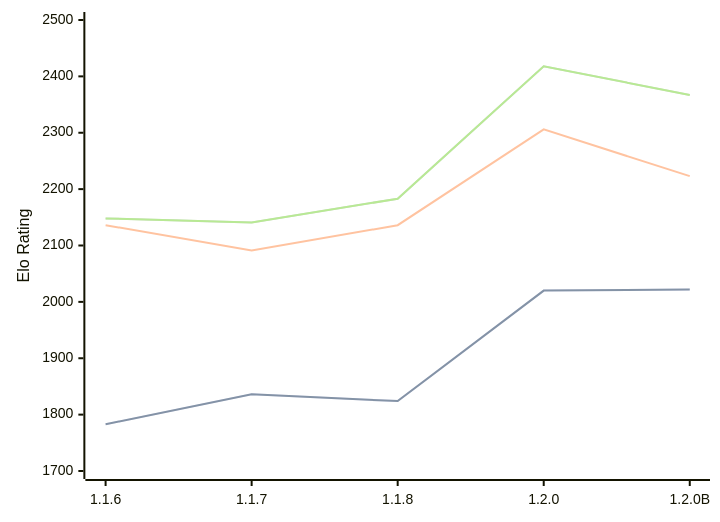
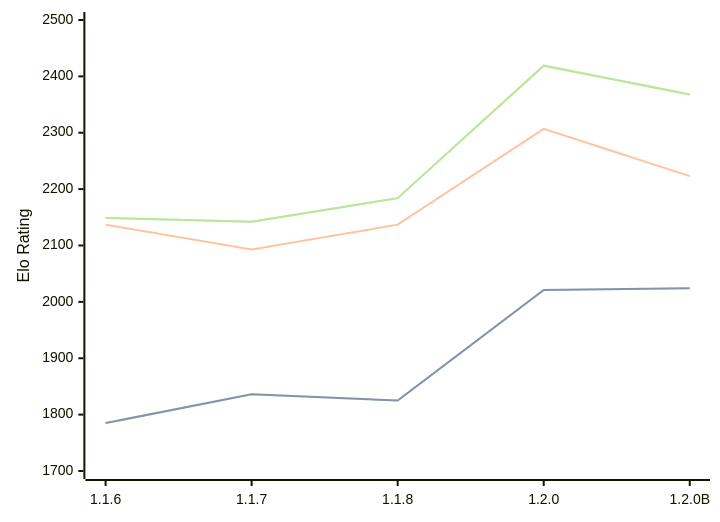
Before and after one commit to computer-chess-index/cci: the diagram in engines/Soomi.md, drawn with Mermaid. The commit also changed other lines of this file, not shown here.

Commit message:
Update CCI Ratings (ELO VLTC) - 2026-08-09

````diff
--- a/engines/Soomi.md
+++ b/engines/Soomi.md
@@ -35,11 +35,11 @@
 ```mermaid
 %%{init: {"theme":"base","themeVariables":{"seriesColors:['#a3a3a3','#222221','#faa371']}}}%%
 xychart-beta
   x-axis ["1.1.6", "1.1.7", "1.1.8", "1.2.0", "1.2.0B"]
   y-axis "Elo Rating" 1700 --> 2500
-  line "STC (8.0+0.08s)" [1783, 1836, 1824, 2020, 2022]
-  line "STC (8.0+0.08s)" [1783, 1836, 1824, 2020, 2022]
-  line "LTC (60.0+0.60s)" [2136, 2091, 2136, 2306, 2223]
-  line "VLTC (2m24s+1.12s)" [2148, 2141, 2183, 2418, 2367]
-  line "VLTC (2m24s+1.12s)" [2148, 2141, 2183, 2418, 2367]
+  line "STC (8.0+0.08s)" [1785, 1836, 1825, 2021, 2024]
+  line "STC (8.0+0.08s)" [1785, 1836, 1825, 2021, 2024]
+  line "LTC (60.0+0.60s)" [2137, 2093, 2137, 2307, 2223]
+  line "VLTC (2m24s+1.12s)" [2149, 2142, 2184, 2419, 2368]
+  line "VLTC (2m24s+1.12s)" [2149, 2142, 2184, 2419, 2368]
 ```
````
